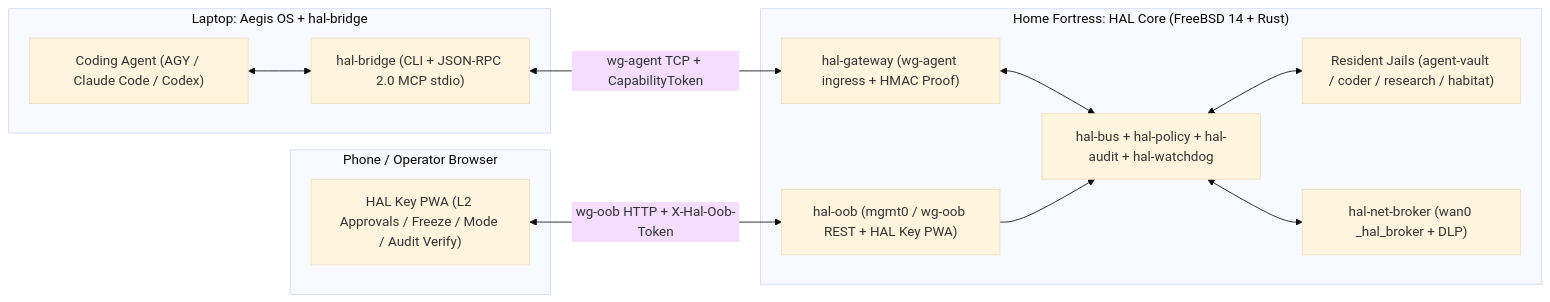
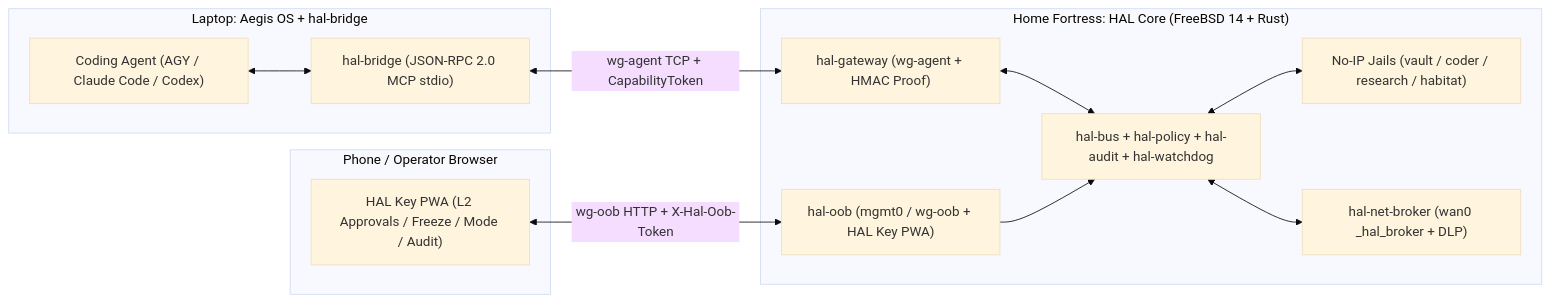
Before and after one commit to 0xSynapse/hal-core: the first of 2 diagrams in README.md, drawn with Mermaid (base theme). The commit also changed other lines of this file, not shown here.

````diff
--- a/README.md
+++ b/README.md
@@ -41,27 +77,27 @@
 ```mermaid
 flowchart LR
     subgraph LAPTOP["Laptop: Aegis OS + hal-bridge"]
         AGENT["Coding Agent (AGY / Claude Code / Codex)"]
-        BRIDGE["hal-bridge (CLI + JSON-RPC 2.0 MCP stdio)"]
+        BRIDGE["hal-bridge (JSON-RPC 2.0 MCP stdio)"]
         AGENT <--> BRIDGE
     end
 
     subgraph HOME["Home Fortress: HAL Core (FreeBSD 14 + Rust)"]
-        GW["hal-gateway (wg-agent ingress + HMAC Proof)"]
+        GW["hal-gateway (wg-agent + HMAC Proof)"]
         BUS["hal-bus + hal-policy + hal-audit + hal-watchdog"]
-        JAILS["Resident Jails (agent-vault / coder / research / habitat)"]
+        JAILS["No-IP Jails (vault / coder / research / habitat)"]
         BROKER["hal-net-broker (wan0 _hal_broker + DLP)"]
-        OOB["hal-oob (mgmt0 / wg-oob REST + HAL Key PWA)"]
+        OOB["hal-oob (mgmt0 / wg-oob + HAL Key PWA)"]
         GW <--> BUS
         BUS <--> JAILS
         BUS <--> BROKER
         OOB --> BUS
     end
 
     subgraph PHONE["Phone / Operator Browser"]
-        KEY["HAL Key PWA (L2 Approvals / Freeze / Mode / Audit Verify)"]
+        KEY["HAL Key PWA (L2 Approvals / Freeze / Mode / Audit)"]
     end
 
     BRIDGE <-->|"wg-agent TCP + CapabilityToken"| GW
     KEY <-->|"wg-oob HTTP + X-Hal-Oob-Token"| OOB
 ```
````
